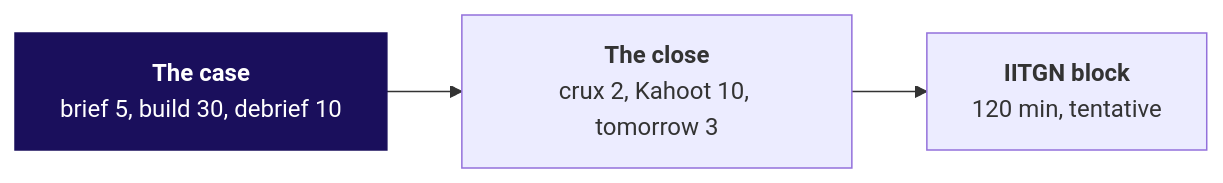
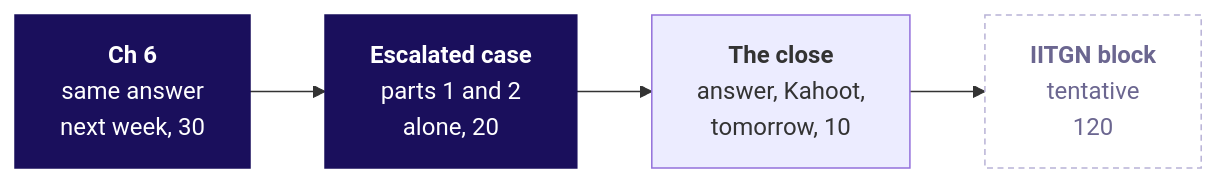
Before and after one commit to fde-academy-lab/c2-content-factory: the second of 2 diagrams in content/W02/D1/trainer/C2_W02_D01_day_sheet_TRAINER.md, drawn with Mermaid. The commit also changed other lines of this file, not shown here.

````diff
--- a/content/W02/D1/trainer/C2_W02_D01_day_sheet_TRAINER.md
+++ b/content/W02/D1/trainer/C2_W02_D01_day_sheet_TRAINER.md
@@ -54,6 +104,8 @@
 ```mermaid
 flowchart LR
-    C["<b>The case</b><br/>brief 5, build 30, debrief 10"] --> K["<b>The close</b><br/>crux 2, Kahoot 10, tomorrow 3"] --> F["<b>IITGN block</b><br/>120 min, tentative"]
+    C6["<b>Ch 6</b><br/>same answer<br/>next week, 30"] --> E["<b>Escalated case</b><br/>parts 1 and 2<br/>alone, 20"] --> K["<b>The close</b><br/>answer, Kahoot,<br/>tomorrow, 10"] --> F["<b>IITGN block</b><br/>tentative<br/>120"]
     classDef core fill:#1A0F5C,stroke:#1A0F5C,color:#FFFFFF
-    class C core
+    classDef unknown fill:#FFFFFF,stroke:#B8B2D6,color:#6B6690,stroke-dasharray:4 3
+    class C6,E core
+    class F unknown
 ```
````
